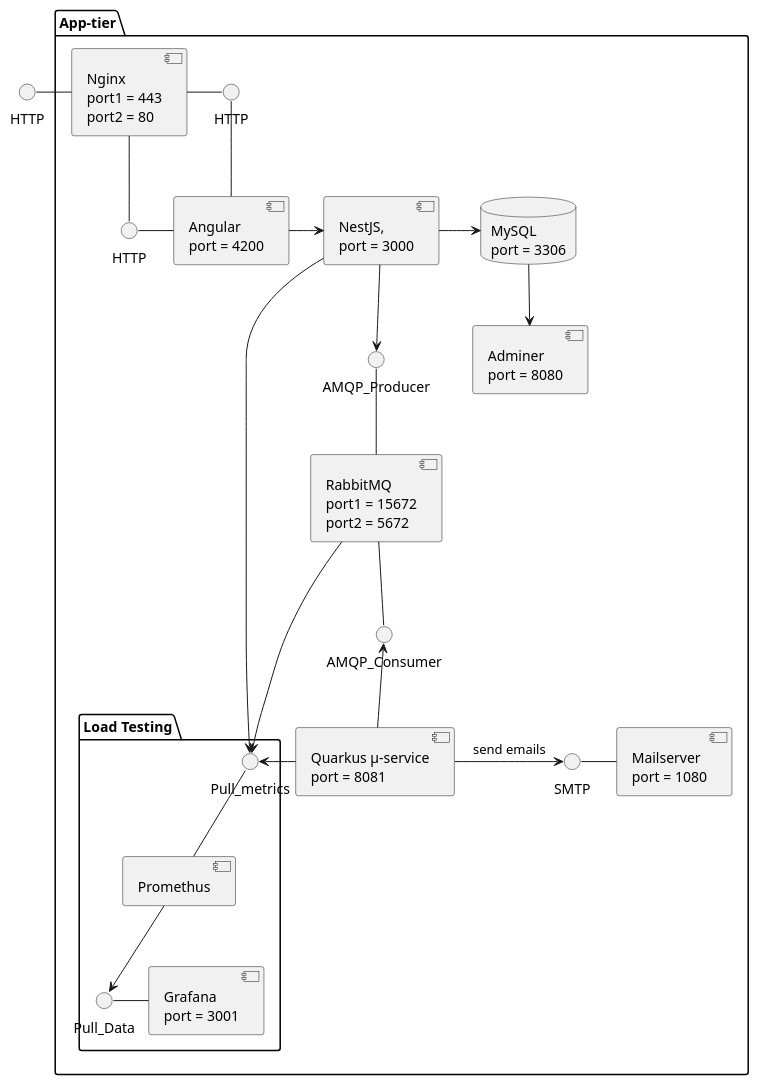
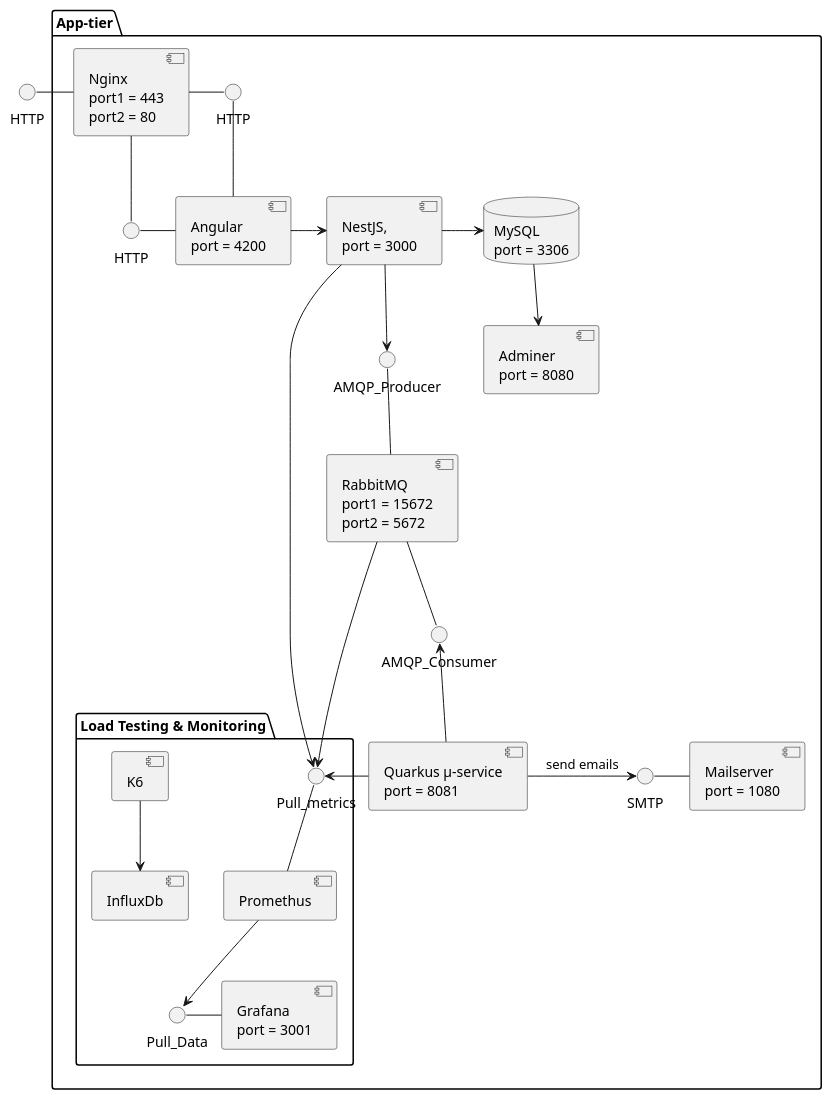
One commit to ghost-hikaru/Architecture_Logiciel changed the diagram in assets/AL.puml. Above: the diagram before and after it, drawn with PlantUML. The commit also changed 3 other files, not shown here.

Commit message:
Ajout de K6 et du loadTesting

```diff
--- a/assets/AL.puml
+++ b/assets/AL.puml
@@ -1,81 +1,90 @@
 @startuml
 
 
 package "App-tier"{
 component Angular [
 Angular
 port = 4200
 ]
 component nestjs [
 NestJS, 
 port = 3000
 ]
 component rabbitmq [
 RabbitMQ
 port1 = 15672
 port2 = 5672]
 component adminer [
 Adminer
 port = 8080
 ]
 component quarkus [
 Quarkus μ-service
 port = 8081
 ]
 component mailserver[
 Mailserver
 port = 1080
 ]
 component nginx[
 Nginx
 port1 = 443
 port2 = 80
 ]
-package "Load Testing"{
+package "Load Testing & Monitoring"{
     component prometheus [
         Promethus
     ]
 
     component grafana [
         Grafana
         port = 3001
     ]
+
+    component k6 [
+        K6
+    ]
+    component influx [
+        InfluxDb
+    ]
+
     interface Pull_metrics as pm 
     interface Pull_Data as pd 
 }
 
 database mysql [
 MySQL
 port = 3306
 ]
 
 interface HTTP as http
 interface HTTP as http2
 interface AMQP_Producer as amqpp
 interface AMQP_Consumer as amqpc
 interface SMTP as smtp
 }
 
 interface HTTP as http1
 
 http -right- Angular
 Angular -right-> nestjs
 nestjs -> mysql
 mysql -down-> adminer
 nestjs --> amqpp
 amqpp -- rabbitmq
 rabbitmq -- amqpc
 quarkus -up-> amqpc
 quarkus -right-> smtp : send emails
 smtp -right- mailserver
 http -left- nginx
 nginx -left- http1
 nginx -down- http2
 http2 -right- Angular
 quarkus -right-> pm
 rabbitmq --> pm 
 nestjs --> pm 
 pm -- prometheus
 prometheus --> pd 
 pd -right- grafana 
+k6 --> influx
 @enduml
```
